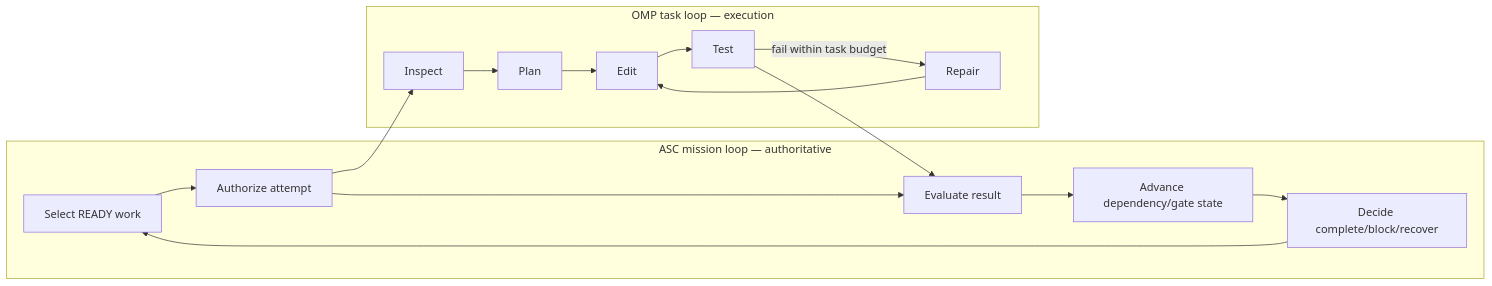
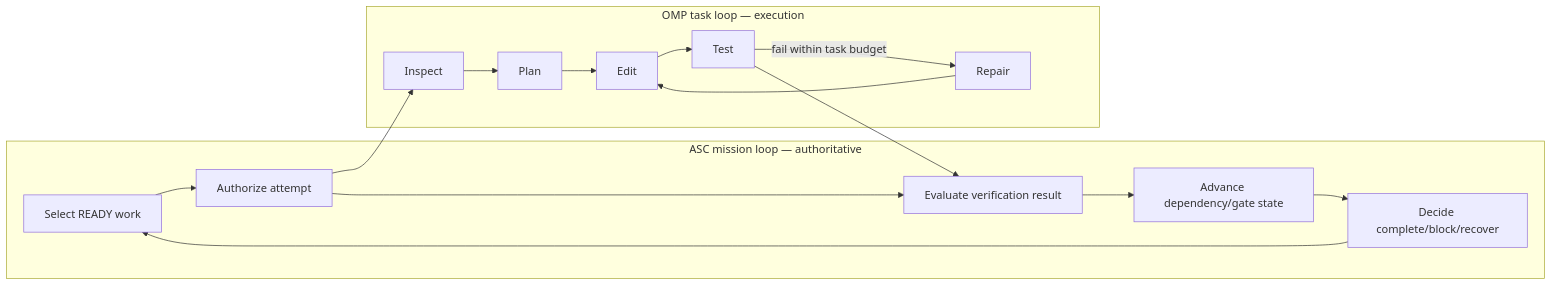
The fourth of 5 diagrams in docs/project-memory/MIND_MAP.md (usama-jadoon/ASC-Orchestrator-v2), drawn with Mermaid before and after one commit. The commit also changed other lines of this file and 13 other files, not shown here.

````diff
--- a/docs/project-memory/MIND_MAP.md
+++ b/docs/project-memory/MIND_MAP.md
@@ -145,24 +145,24 @@
 ```mermaid
 flowchart LR
     subgraph Mission["ASC mission loop — authoritative"]
         A1[Select READY work]
         A2[Authorize attempt]
-        A3[Evaluate result]
+        A3[Evaluate verification result]
         A4[Advance dependency/gate state]
         A5[Decide complete/block/recover]
         A1 --> A2 --> A3 --> A4 --> A5 --> A1
     end
 
     subgraph Task["OMP task loop — execution"]
         O1[Inspect]
         O2[Plan]
         O3[Edit]
         O4[Test]
         O5[Repair]
         O1 --> O2 --> O3 --> O4
         O4 -->|fail within task budget| O5 --> O3
     end
 
     A2 --> O1
     O4 --> A3
 ```
````
